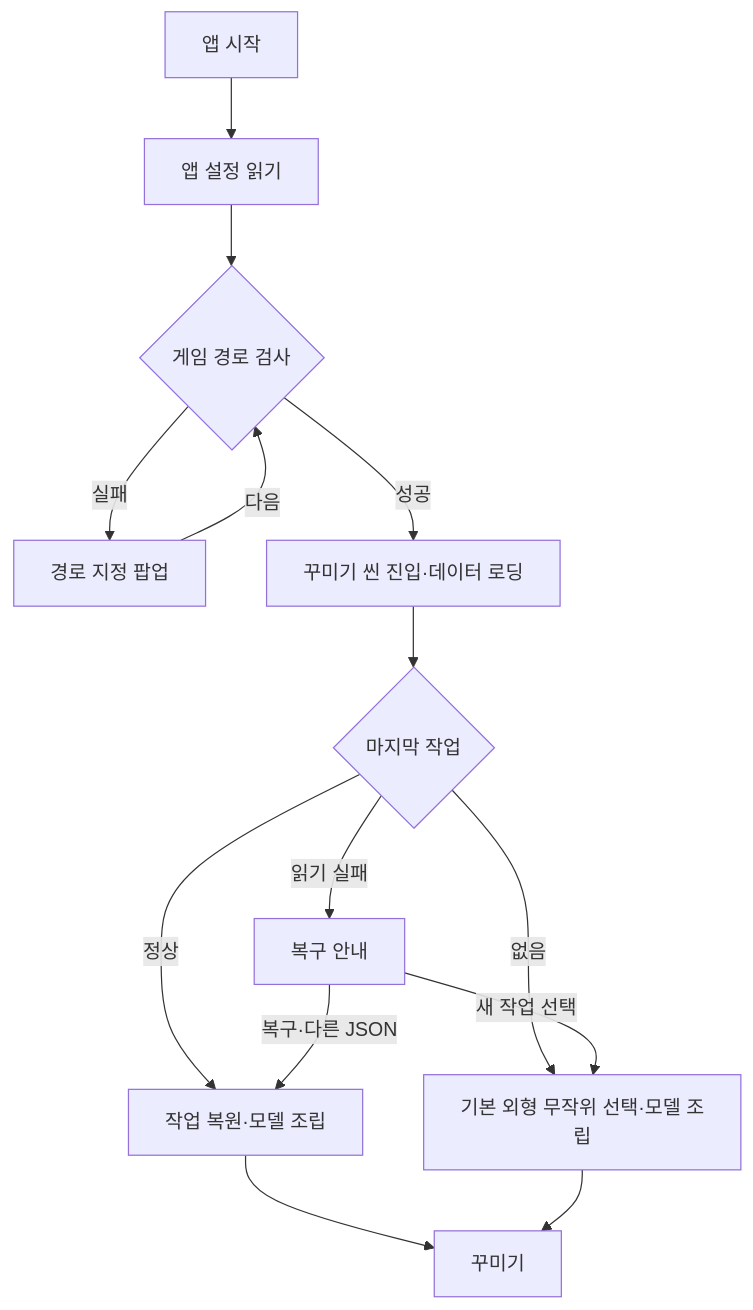
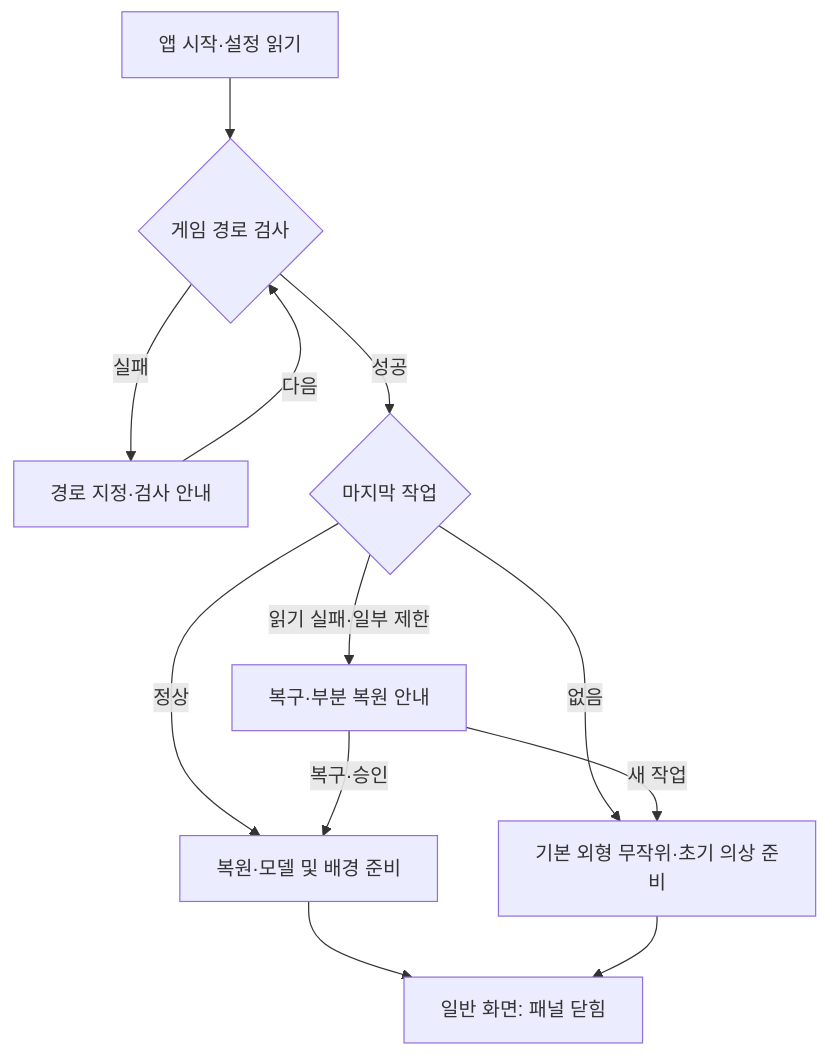
Before and after one commit to PieceOfPaper/MobiAtelier: the first of 3 diagrams in Docs/ProgramFlow.md, drawn with Mermaid. The commit also changed other lines of this file and 23 other files, not shown here.

````diff
--- a/Docs/ProgramFlow.md
+++ b/Docs/ProgramFlow.md
@@ -9,16 +9,14 @@
 ```mermaid
 flowchart TD
-    A["앱 시작"] --> B["앱 설정 읽기"]
-    B --> C{"게임 경로 검사"}
-    C -->|실패| D["경로 지정 팝업"]
-    D -->|다음| C
-    C -->|성공| E["꾸미기 씬 진입·데이터 로딩"]
-    E --> F{"마지막 작업"}
-    F -->|정상| G["작업 복원·모델 조립"]
-    F -->|없음| H["기본 외형 무작위 선택·모델 조립"]
-    F -->|읽기 실패| I["복구 안내"]
-    I -->|복구·다른 JSON| G
-    I -->|새 작업 선택| H
-    G --> J["꾸미기"]
-    H --> J
+    A["앱 시작·설정 읽기"] --> B{"게임 경로 검사"}
+    B -->|실패| C["경로 지정·검사 안내"]
+    C -->|다음| B
+    B -->|성공| D{"마지막 작업"}
+    D -->|정상| E["복원·모델 및 배경 준비"]
+    D -->|없음| F["기본 외형 무작위·초기 의상 준비"]
+    D -->|읽기 실패·일부 제한| G["복구·부분 복원 안내"]
+    G -->|복구·승인| E
+    G -->|새 작업| F
+    E --> H["일반 화면: 패널 닫힘"]
+    F --> H
 ```
````
